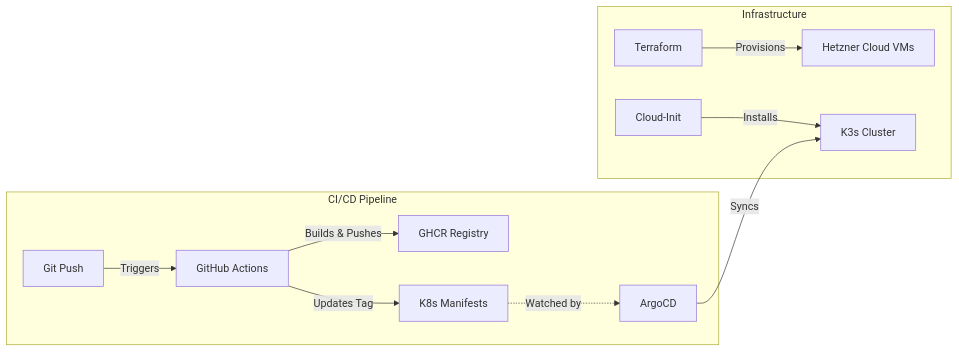
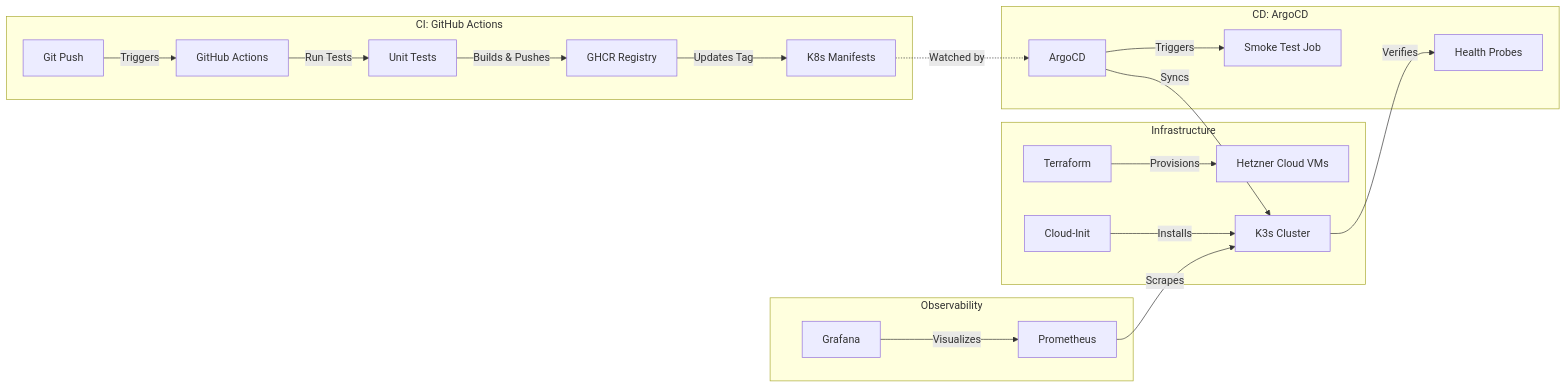
The diagram in README.md (didiberman/terraform-k8s-argocd-cicd-pipeline), drawn with Mermaid before and after one commit. The commit also changed other lines of this file, not shown here.

````diff
--- a/README.md
+++ b/README.md
@@ -11,15 +11,26 @@
 ```mermaid
 flowchart LR
     subgraph Infrastructure
         tf[Terraform] -->|Provisions| hcloud[Hetzner Cloud VMs]
         script[Cloud-Init] -->|Installs| k3s[K3s Cluster]
     end
 
-    subgraph CI_CD ["CI/CD Pipeline"]
+    subgraph CI ["CI: GitHub Actions"]
         push[Git Push] -->|Triggers| gh_actions[GitHub Actions]
-        gh_actions -->|Builds & Pushes| ghcr[GHCR Registry]
-        gh_actions -->|Updates Tag| manifest[K8s Manifests]
-        argocd[ArgoCD] -->|Syncs| k3s
-        manifest -.->|Watched by| argocd
+        gh_actions -->|Run Tests| unit_tests[Unit Tests]
+        unit_tests -->|Builds & Pushes| ghcr[GHCR Registry]
+        ghcr -->|Updates Tag| manifest[K8s Manifests]
+    end
+
+    subgraph CD ["CD: ArgoCD"]
+        manifest -.->|Watched by| argocd[ArgoCD]
+        argocd -->|Syncs| k3s
+        k3s -->|Verifies| probes[Health Probes]
+        argocd -->|Triggers| smoke[Smoke Test Job]
+    end
+
+    subgraph Obs ["Observability"]
+        prom[Prometheus] -->|Scrapes| k3s
+        graf[Grafana] -->|Visualizes| prom
     end
 ```
````
